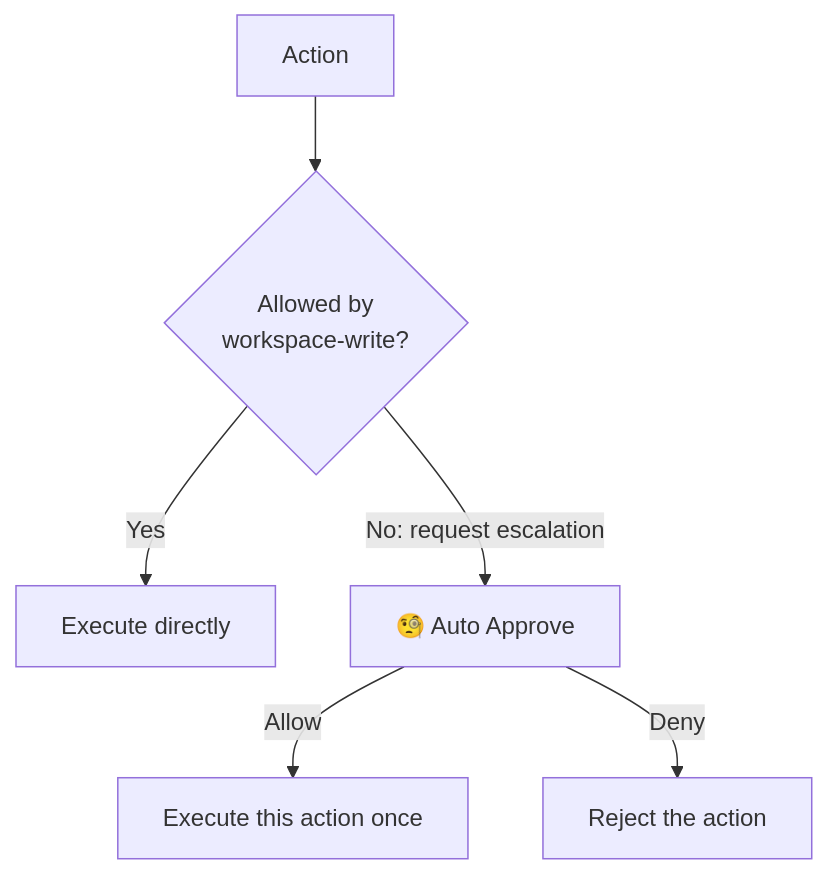
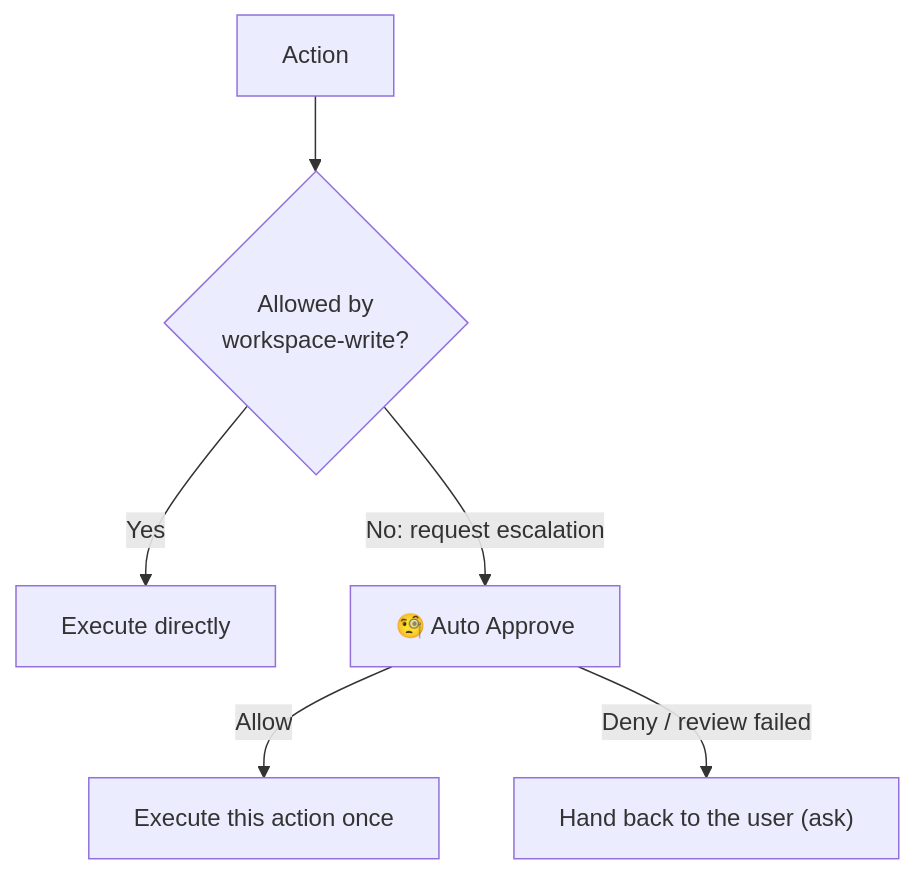
The diagram in README.md (sujingkpo/dsh-auto-pass), drawn with Mermaid before and after one commit. The commit also changed other lines of this file and 7 other files, not shown here.

````diff
--- a/README.md
+++ b/README.md
@@ -25,8 +21,8 @@
 ```mermaid
 flowchart TD
     action["Action"] --> sandbox{"Allowed by<br/>workspace-write?"}
     sandbox -- Yes --> execute["Execute directly"]
     sandbox -- "No: request escalation" --> review["🧐 Auto Approve"]
     review -- Allow --> approved["Execute this action once"]
-    review -- Deny --> rejected["Reject the action"]
+    review -- "Deny / review failed" --> deferred["Hand back to the user (ask)"]
 ```
````
